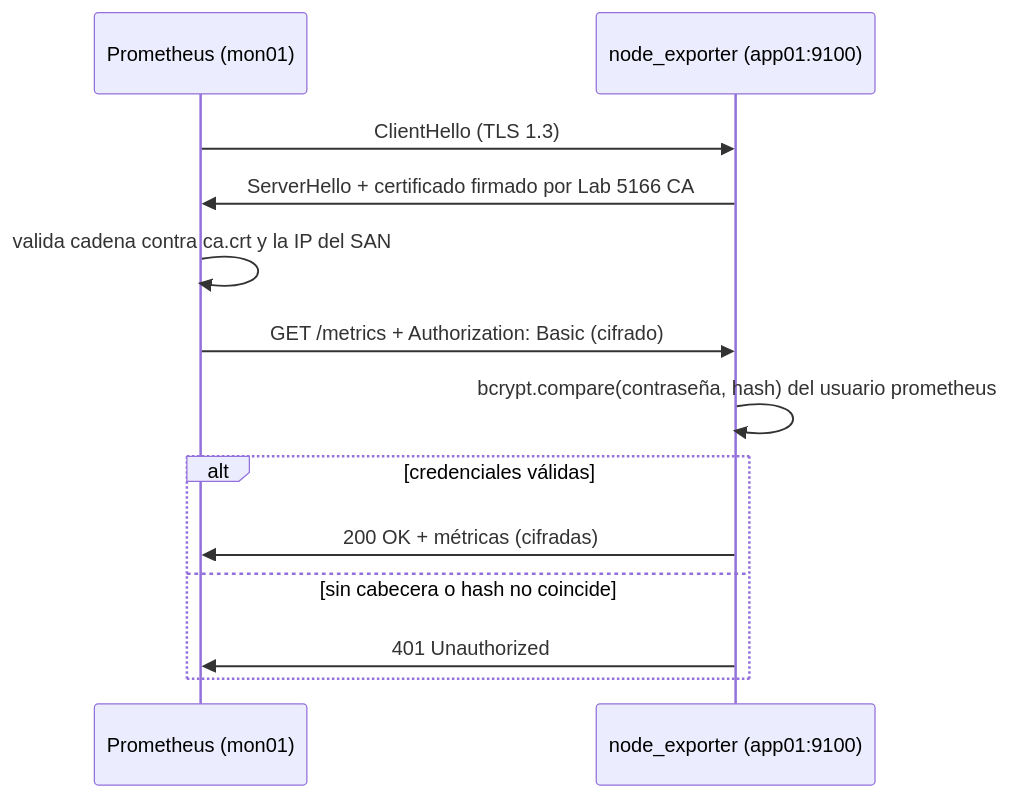
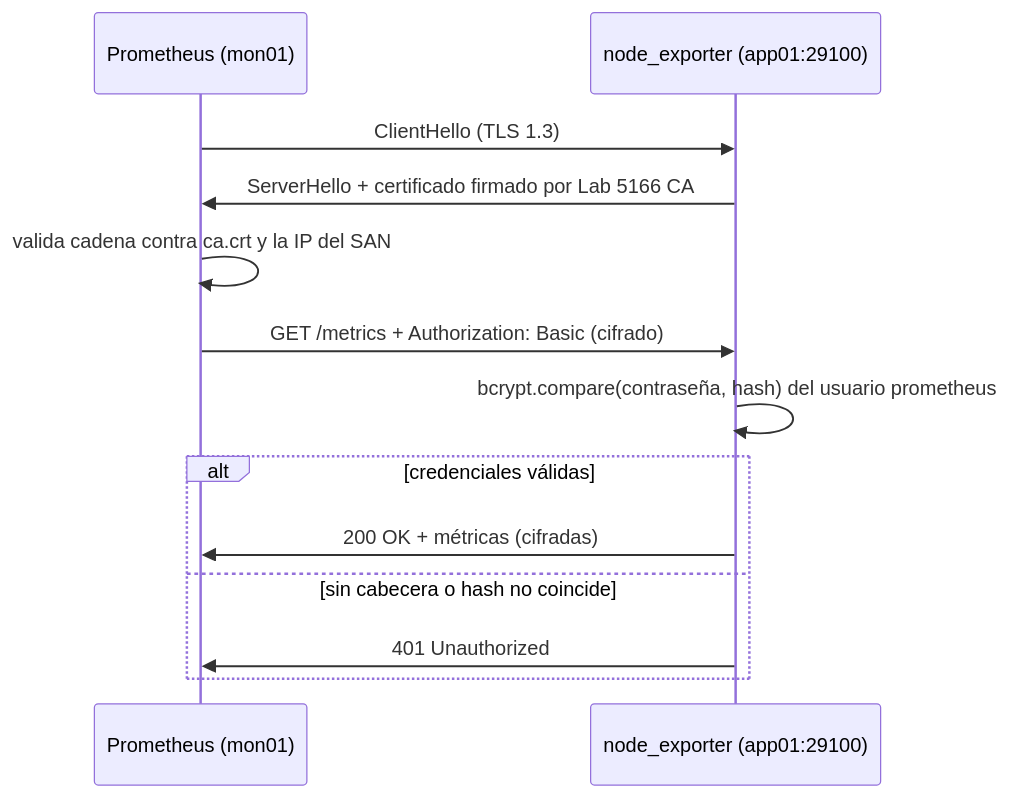
One commit to victor-educ/apuntes-5169 changed the fourth of 5 diagrams in docs/ut/ut3-seguridad-monitorizacion.md. Above: the diagram before and after it, drawn with Mermaid. The commit also changed other lines of this file and 13 other files, not shown here.

````diff
--- a/docs/ut/ut3-seguridad-monitorizacion.md
+++ b/docs/ut/ut3-seguridad-monitorizacion.md
@@ -493,15 +495,15 @@
 ```mermaid
 sequenceDiagram
     participant P as Prometheus (mon01)
-    participant N as node_exporter (app01:9100)
+    participant N as node_exporter (app01:29100)
     P->>N: ClientHello (TLS 1.3)
     N->>P: ServerHello + certificado firmado por Lab 5166 CA
     P->>P: valida cadena contra ca.crt y la IP del SAN
     P->>N: GET /metrics + Authorization: Basic (cifrado)
     N->>N: bcrypt.compare(contraseña, hash) del usuario prometheus
     alt credenciales válidas
         N->>P: 200 OK + métricas (cifradas)
     else sin cabecera o hash no coincide
         N->>P: 401 Unauthorized
     end
 ```
````
